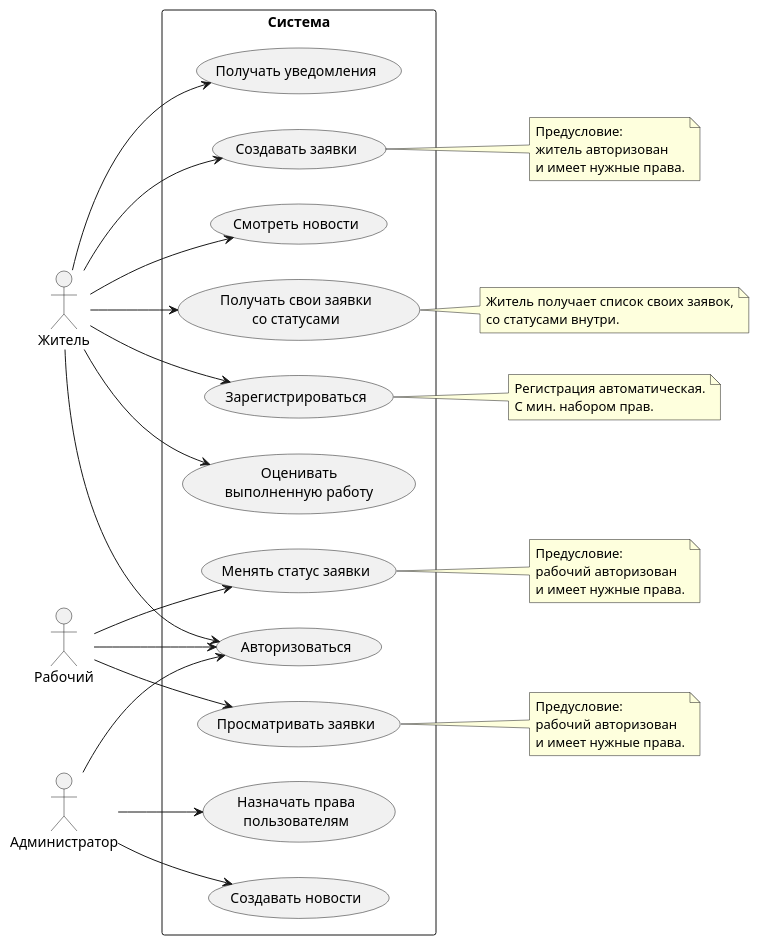
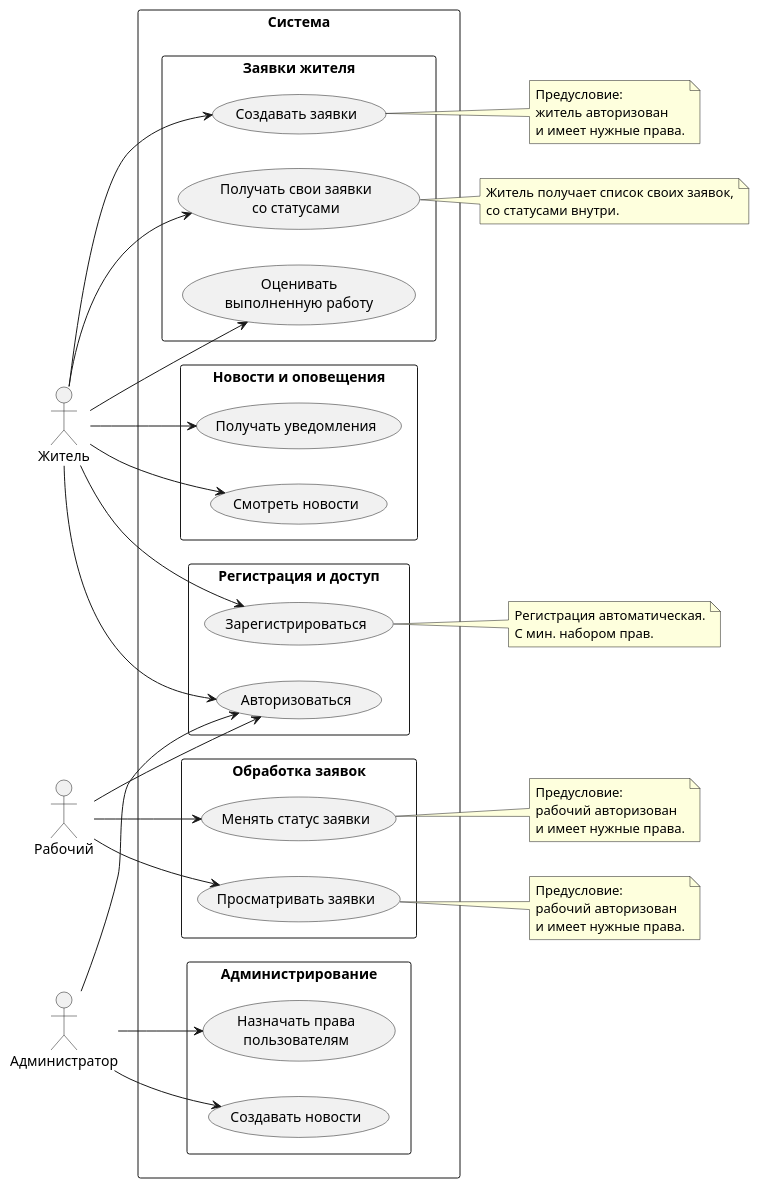
Before and after one commit to ArthurDavletov/ufanet_practice_zheu: the diagram in diagrams/use_case_diagram.wsd, drawn with PlantUML.

Commit message:
Group use case diagram processes

```diff
--- a/diagrams/use_case_diagram.wsd
+++ b/diagrams/use_case_diagram.wsd
@@ -1,70 +1,81 @@
 @startuml "Диаграмма вариантов использования"
 left to right direction
 skinparam packageStyle rectangle
 
 actor "Житель" as Resident
 actor "Рабочий" as Worker
 actor "Администратор" as Admin
 
 rectangle "Система" {
-    usecase "Зарегистрироваться" as UC_Register
-    usecase "Авторизоваться" as UC_Login
+    rectangle "Регистрация и доступ" {
+        usecase "Зарегистрироваться" as UC_Register
+        usecase "Авторизоваться" as UC_Login
+    }
 
-    usecase "Смотреть новости" as UC_ViewNews
-    usecase "Создавать заявки" as UC_CreateTicket
-    usecase "Получать свои заявки\nсо статусами" as UC_GetOwnTickets
-    usecase "Оценивать\nвыполненную работу" as UC_RateWork
-    usecase "Получать уведомления" as UC_GetNotifications
+    rectangle "Новости и оповещения" {
+        usecase "Смотреть новости" as UC_ViewNews
+        usecase "Получать уведомления" as UC_GetNotifications
+    }
 
-    usecase "Просматривать заявки" as UC_ViewTickets
-    usecase "Менять статус заявки" as UC_ChangeTicketStatus
+    rectangle "Заявки жителя" {
+        usecase "Создавать заявки" as UC_CreateTicket
+        usecase "Получать свои заявки\nсо статусами" as UC_GetOwnTickets
+        usecase "Оценивать\nвыполненную работу" as UC_RateWork
+    }
 
-    usecase "Создавать новости" as UC_CreateNews
-    usecase "Назначать права\nпользователям" as UC_AssignRights
+    rectangle "Обработка заявок" {
+        usecase "Просматривать заявки" as UC_ViewTickets
+        usecase "Менять статус заявки" as UC_ChangeTicketStatus
+    }
+
+    rectangle "Администрирование" {
+        usecase "Создавать новости" as UC_CreateNews
+        usecase "Назначать права\nпользователям" as UC_AssignRights
+    }
 }
 
 Resident --> UC_Register
 Resident --> UC_Login
 Resident --> UC_ViewNews
 Resident --> UC_CreateTicket
 Resident --> UC_GetOwnTickets
 Resident --> UC_RateWork
 Resident --> UC_GetNotifications
 
 Worker --> UC_Login
 Worker --> UC_ViewTickets
 Worker --> UC_ChangeTicketStatus
 
 Admin --> UC_Login
 Admin --> UC_CreateNews
 Admin --> UC_AssignRights
 
 note right of UC_Register
 Регистрация автоматическая.
 С мин. набором прав.
 end note
 
 note right of UC_CreateTicket
 Предусловие:
 житель авторизован
 и имеет нужные права.
 end note
 
 note right of UC_GetOwnTickets
 Житель получает список своих заявок,
 со статусами внутри.
 end note
 
 note right of UC_ViewTickets
 Предусловие:
 рабочий авторизован
 и имеет нужные права.
 end note
 
 note right of UC_ChangeTicketStatus
 Предусловие:
 рабочий авторизован
 и имеет нужные права.
 end note
 
 @enduml
```
